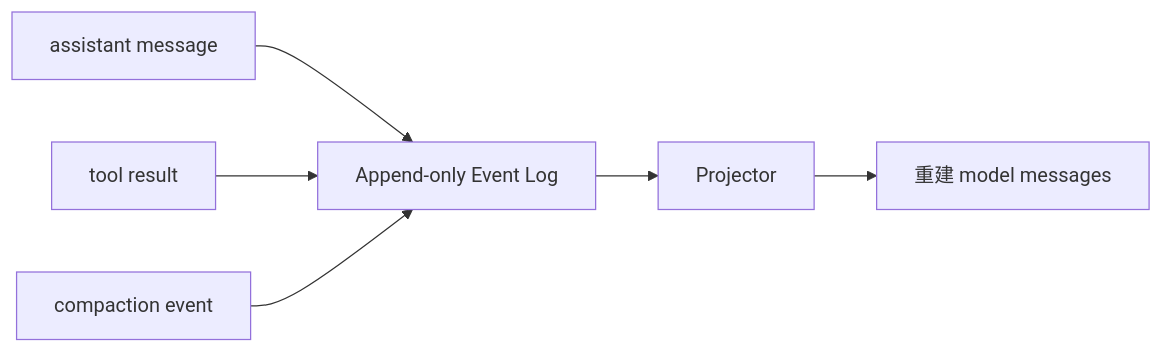
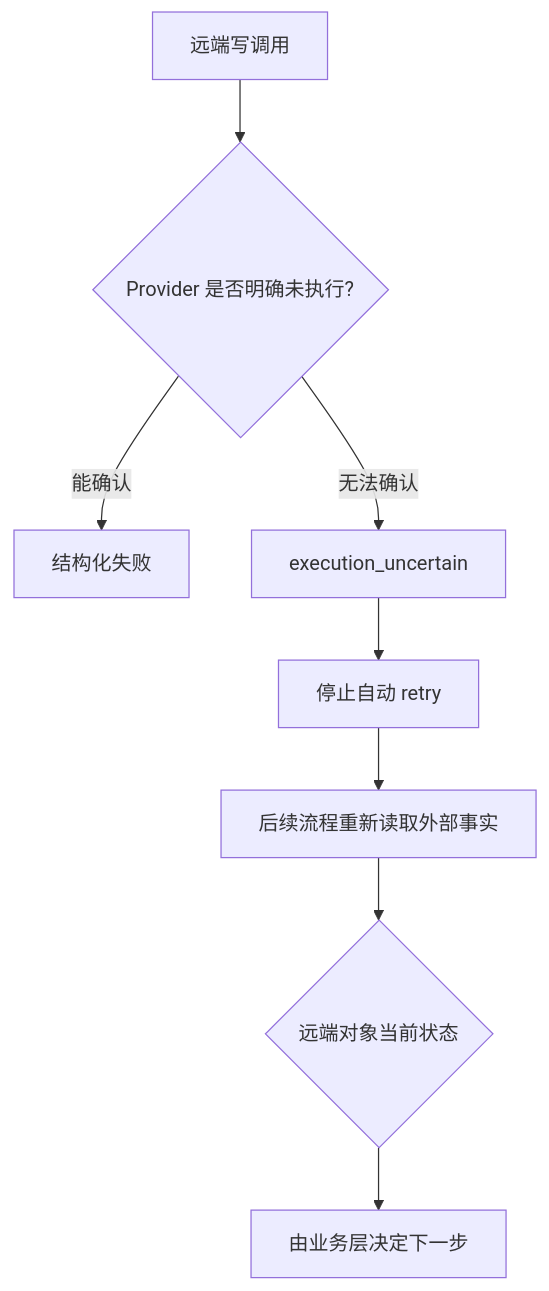
One commit to Arthur999459up/GitAgent changed the ninth of 11 diagrams in docs/09-persistence-recovery-observability.md. Above: the diagram before and after it, drawn with Mermaid. The commit also changed other lines of this file and 3 other files, not shown here.

````diff
--- a/docs/09-persistence-recovery-observability.md
+++ b/docs/09-persistence-recovery-observability.md
@@ -82,8 +624,10 @@
 ```mermaid
-flowchart LR
-    E1[assistant message] --> LOG[Append-only Event Log]
-    E2[tool result] --> LOG
-    E3[compaction event] --> LOG
-    LOG --> P[Projector]
-    P --> M[重建 model messages]
+flowchart TD
+    W[远端写调用] --> P{Provider 是否明确未执行?}
+    P -->|能确认| E[结构化失败]
+    P -->|无法确认| U[execution_uncertain]
+    U --> STOP[停止自动 retry]
+    STOP --> R[后续流程重新读取外部事实]
+    R --> D{远端对象当前状态}
+    D --> NEXT[由业务层决定下一步]
 ```
````
